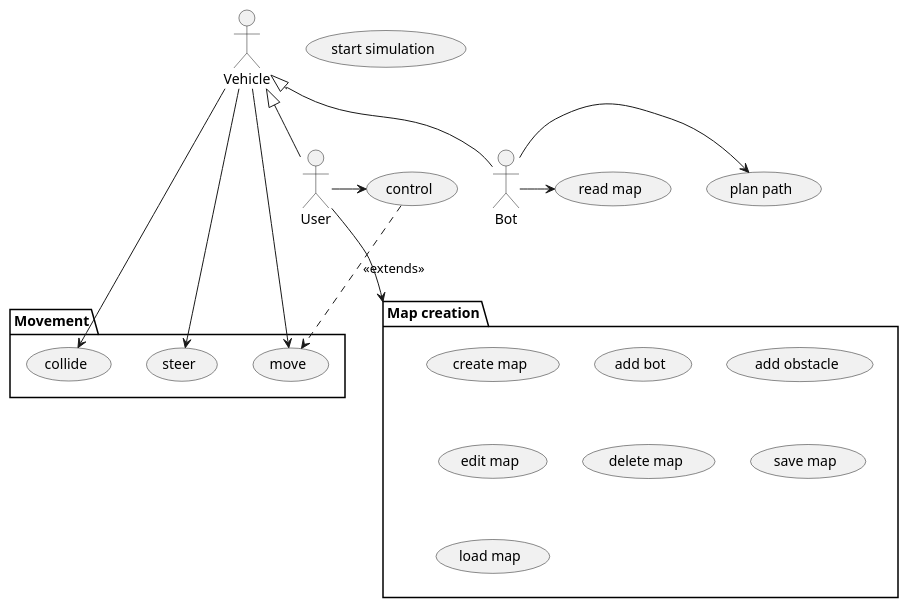
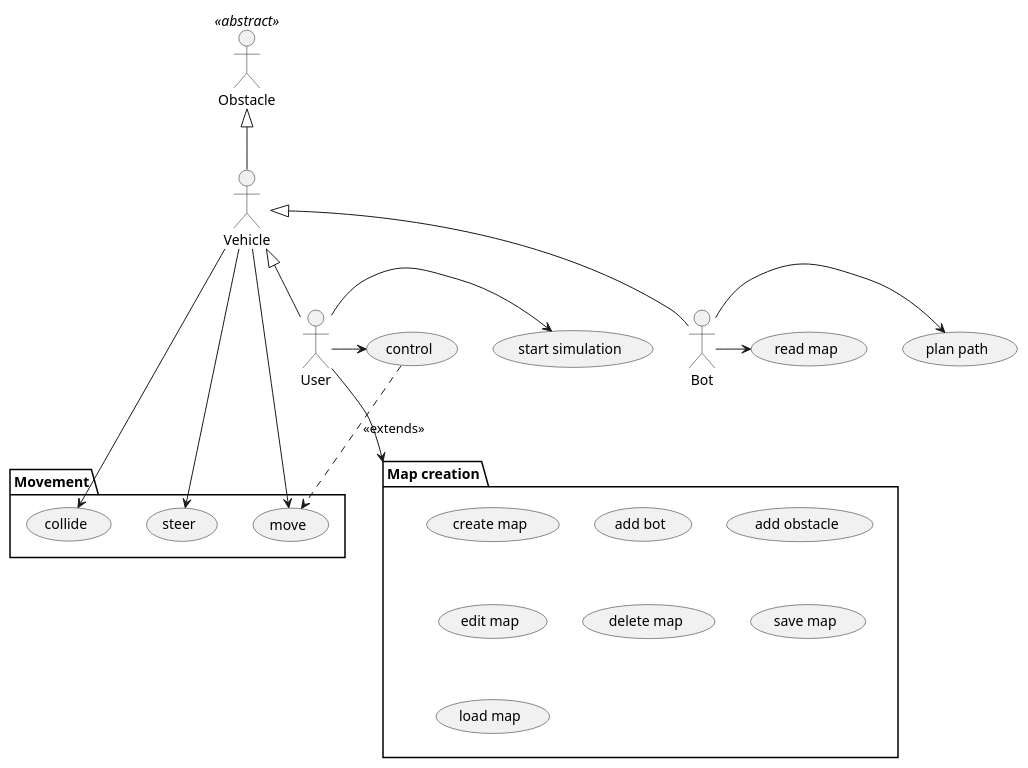
One commit to lotricekCZ/2D-round-robot-sim changed the diagram in doc/UC.plantuml. Above: the diagram before and after it, drawn with PlantUML. The commit also changed 9 other files, not shown here.

```diff
--- a/doc/UC.plantuml
+++ b/doc/UC.plantuml
@@ -1,45 +1,47 @@
 @startuml gameplay
 skinparam Style strictuml
 
+actor Obstacle <<abstract>>
 actor Bot
-' actor Point
 actor User
 actor Vehicle
 
 package Movement {
     usecase move
     usecase steer
     usecase collide
 }
 
 package "Map creation" as mc {
 
     usecase "create map"
     usecase "add bot"
     usecase "add obstacle"
     usecase "edit map"
     
     usecase "delete map"
     usecase "save map"
     usecase "load map"
     
 }
 
 usecase "start simulation"
 usecase "control"
 usecase "plan path"
 usecase "read map"
 
 :Vehicle: -> collide
 :Vehicle: -> move
 :Vehicle: -> steer
 
 :Bot: -> (plan path)
 :Bot: -> (read map)
 
+:Vehicle: -up-|> :Obstacle:
 :Bot: -up-|> :Vehicle:
 :User: -up-|> :Vehicle:
 :User: -> (control)
+:User: -> (start simulation)
 (control) -.> (move): <<extends>>
 :User: --> mc
 @enduml
```
